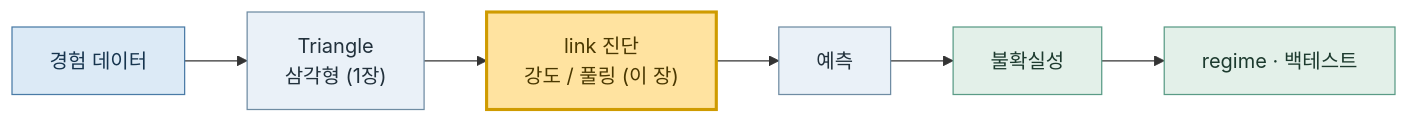
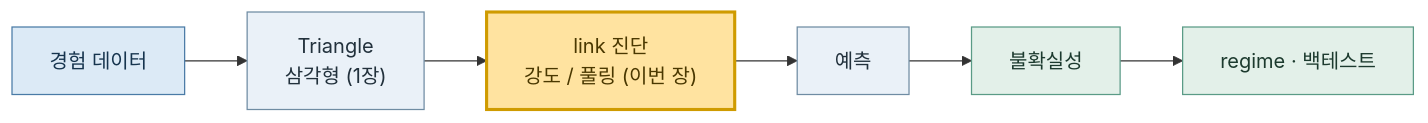
One commit to seokhoonj/lossratio changed the diagram in docs/tutorial/03-intensity.md. Above: the diagram before and after it, drawn with Mermaid. The commit also changed 3 other files, not shown here.

First line of the commit message:
docs: use 이번 장 for the current-chapter marker in the flow diagrams

````diff
--- a/docs/tutorial/03-intensity.md
+++ b/docs/tutorial/03-intensity.md
@@ -7,16 +7,16 @@
 ```{mermaid}
 flowchart LR
   A["경험 데이터"] --> B["Triangle<br/>삼각형 (1장)"]
-  B --> C["link 진단<br/>강도 / 풀링 (이 장)"]
+  B --> C["link 진단<br/>강도 / 풀링 (이번 장)"]
   C --> D["예측"]
   D --> E["불확실성"]
   E --> F["regime · 백테스트"]
   classDef data fill:#dceaf6,stroke:#4a7ba6,color:#16344e
   classDef estimate fill:#eaf1f8,stroke:#6f8ca3,color:#22313c
   classDef validate fill:#e3f0e9,stroke:#5a9b86,color:#1c3a2e
   classDef current fill:#ffe3a0,stroke:#cf9b00,color:#4a3800,stroke-width:2.5px
   class A data
   class B,C,D estimate
   class E,F validate
   class C current
 ```
````
